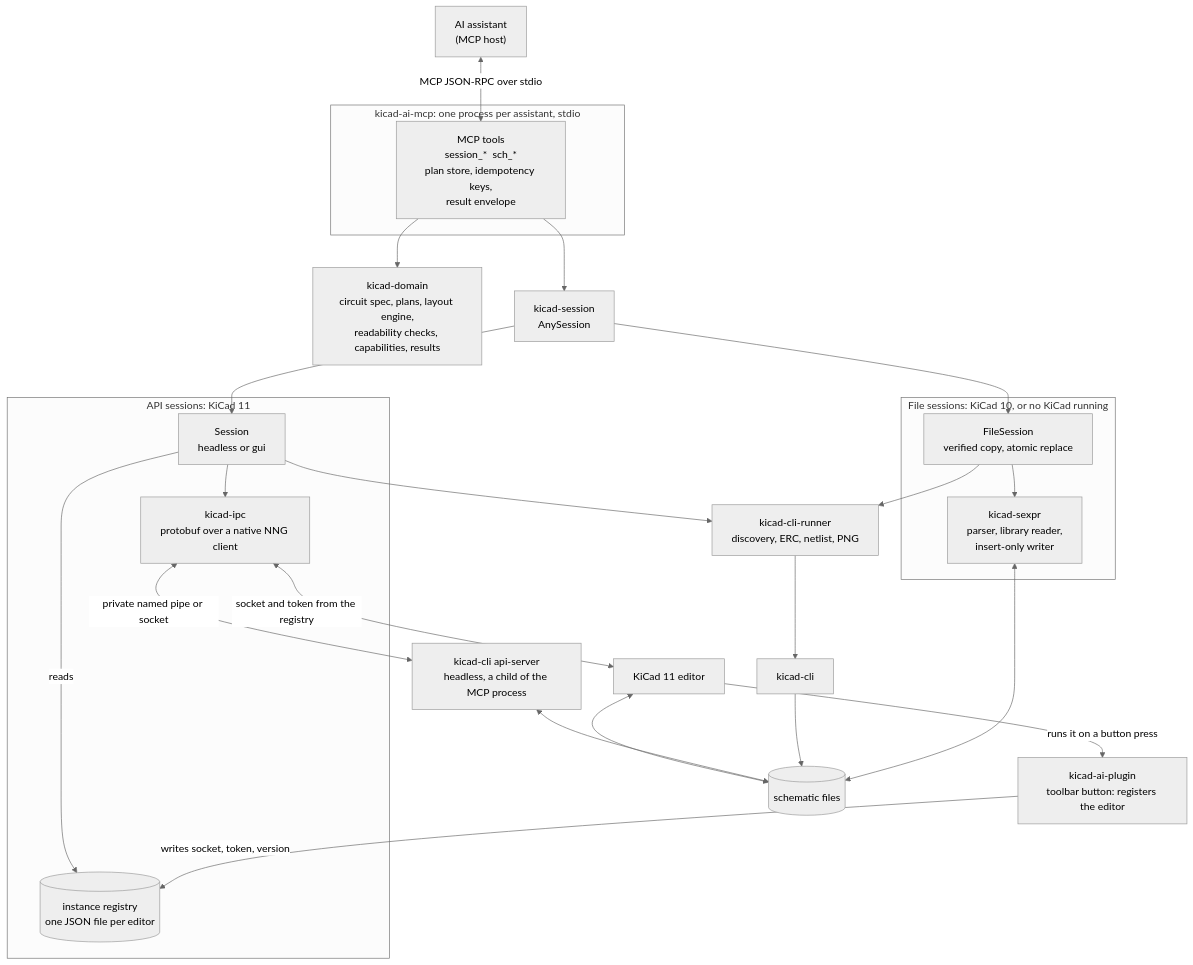
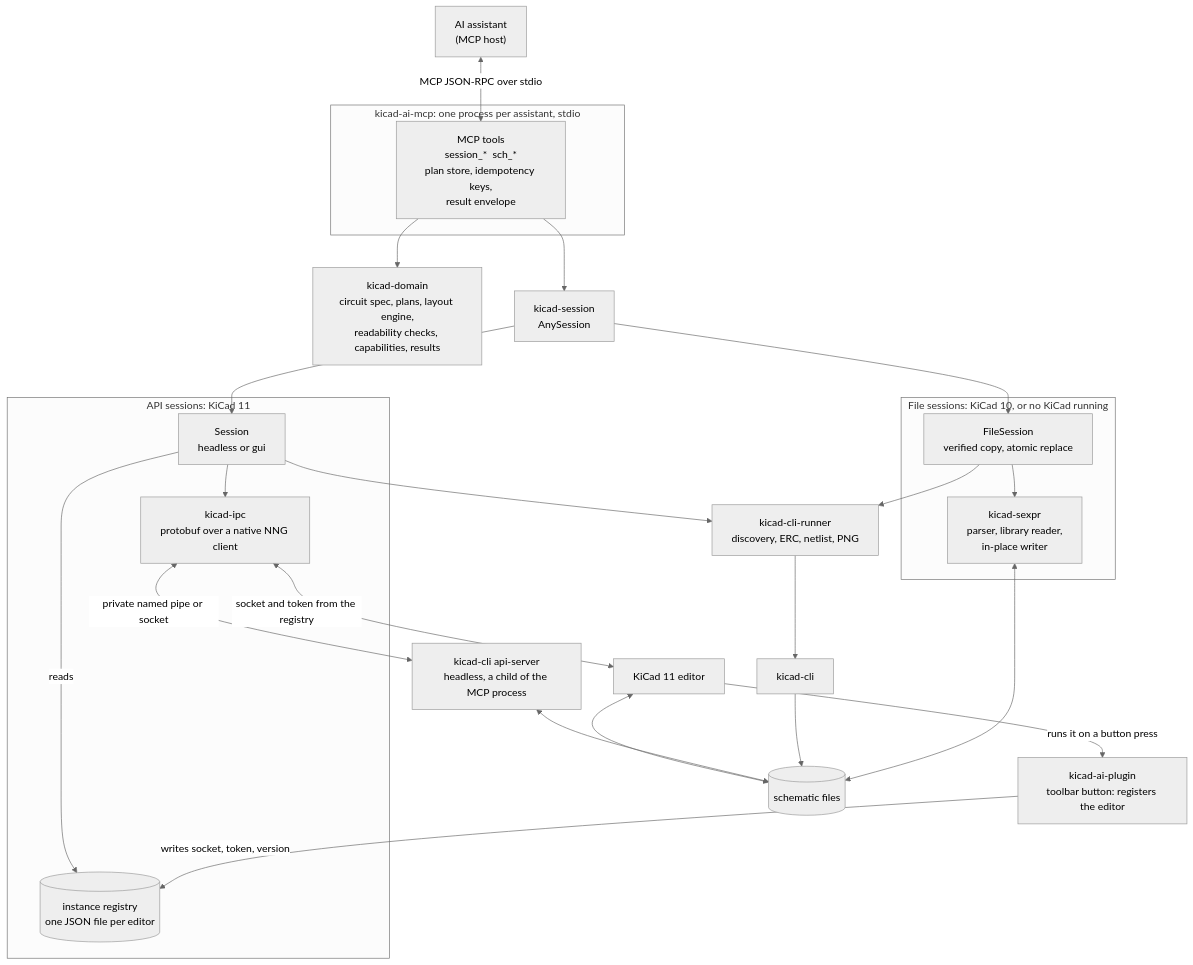
The diagram in docs/kicad-ai-mcp-design-plan.md (bkrajendra/thingsvu-tools), drawn with Mermaid (neutral theme) before and after one commit. The commit also changed other lines of this file and 34 other files, not shown here.

First line of the commit message:
Phase 8: review and tidy existing schematics

````diff
--- a/docs/kicad-ai-mcp-design-plan.md
+++ b/docs/kicad-ai-mcp-design-plan.md
@@ -120,49 +120,49 @@
 ```mermaid
 flowchart TB
     LLM["AI assistant<br/>(MCP host)"]
 
     subgraph MCP["kicad-ai-mcp: one process per assistant, stdio"]
         TOOLS["MCP tools<br/>session_*  sch_*<br/>plan store, idempotency keys,<br/>result envelope"]
     end
 
     DOMAIN["kicad-domain<br/>circuit spec, plans, layout engine,<br/>readability checks, capabilities, results"]
     ANY["kicad-session<br/>AnySession"]
 
     subgraph API["API sessions: KiCad 11"]
         SESS["Session<br/>headless or gui"]
         IPC["kicad-ipc<br/>protobuf over a native NNG client"]
         REG[("instance registry<br/>one JSON file per editor")]
     end
 
     subgraph FILE["File sessions: KiCad 10, or no KiCad running"]
         FS["FileSession<br/>verified copy, atomic replace"]
-        SEXPR["kicad-sexpr<br/>parser, library reader,<br/>insert-only writer"]
+        SEXPR["kicad-sexpr<br/>parser, library reader,<br/>in-place writer"]
     end
 
     CLIR["kicad-cli-runner<br/>discovery, ERC, netlist, PNG"]
     CLI["kicad-cli"]
     HL["kicad-cli api-server<br/>headless, a child of the MCP process"]
     GUI["KiCad 11 editor"]
     PLUGIN["kicad-ai-plugin<br/>toolbar button: registers the editor"]
     FILES[("schematic files")]
 
     LLM <-->|"MCP JSON-RPC over stdio"| TOOLS
     TOOLS --> DOMAIN
     TOOLS --> ANY
     ANY --> SESS
     ANY --> FS
     SESS --> IPC
     IPC <-->|"private named pipe or socket"| HL
     IPC <-->|"socket and token from the registry"| GUI
     GUI -->|"runs it on a button press"| PLUGIN
     PLUGIN -->|"writes socket, token, version"| REG
     SESS -->|"reads"| REG
     FS --> SEXPR
     SEXPR <--> FILES
     SESS --> CLIR
     FS --> CLIR
     CLIR --> CLI
     CLI --> FILES
     HL <--> FILES
     GUI <--> FILES
 ```
````
